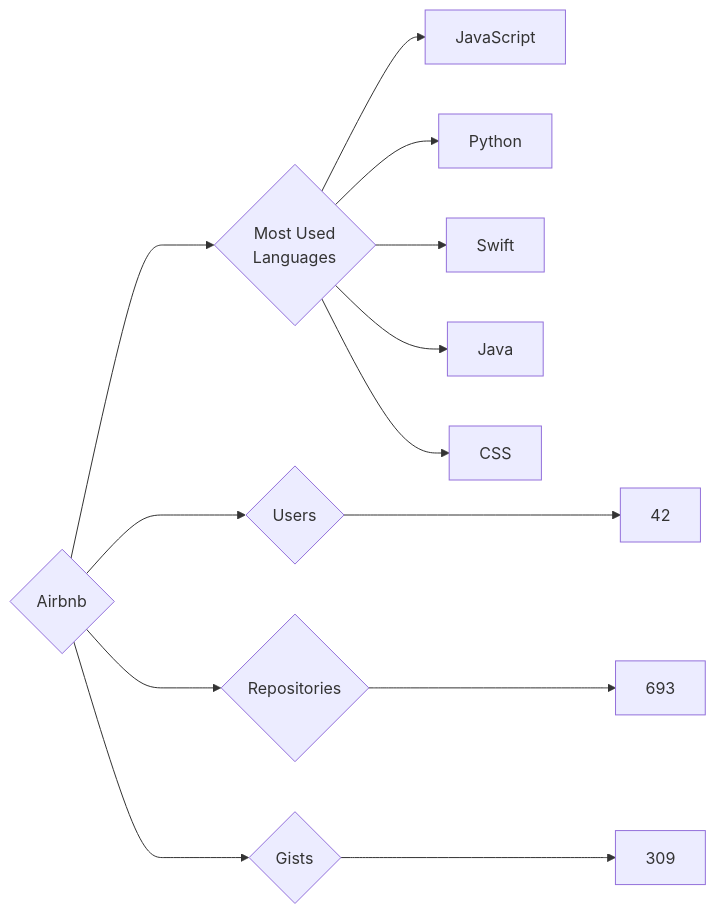
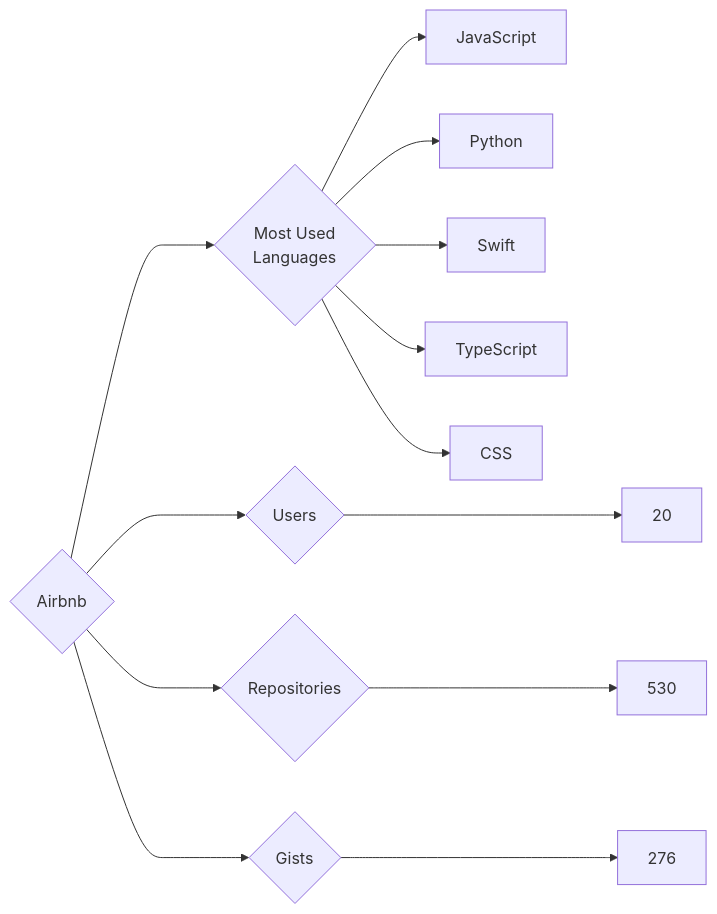
The diagram in targets/Airbnb/README.md (trickest/insiders), drawn with Mermaid before and after one commit. The commit also changed 545 other files, not shown here.

````diff
--- a/targets/Airbnb/README.md
+++ b/targets/Airbnb/README.md
@@ -3,13 +3,13 @@
 ```mermaid
 graph LR
 COMPANY_NAME{Airbnb}
-COMPANY_NAME ---> U{Users} ---> UN[42]
-COMPANY_NAME ---> R{Repositories} ---> RN[693]
-COMPANY_NAME ---> G{Gists} ---> GN[309]
+COMPANY_NAME ---> U{Users} ---> UN[20]
+COMPANY_NAME ---> R{Repositories} ---> RN[530]
+COMPANY_NAME ---> G{Gists} ---> GN[276]
 COMPANY_NAME ---> ML{Most Used<br>Languages}
 ML --> JavaScript[JavaScript]
 ML --> Python[Python]
 ML --> Swift[Swift]
-ML --> Java[Java]
+ML --> TypeScript[TypeScript]
 ML --> CSS[CSS]
 ```
````
